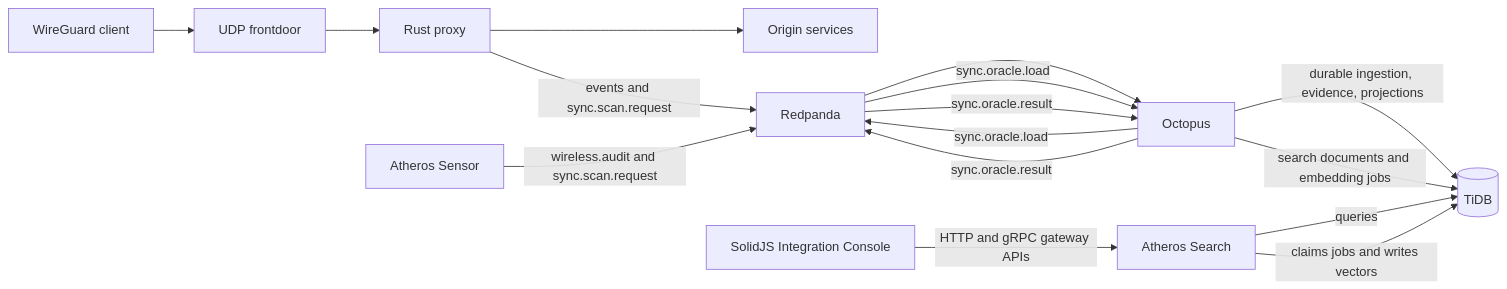
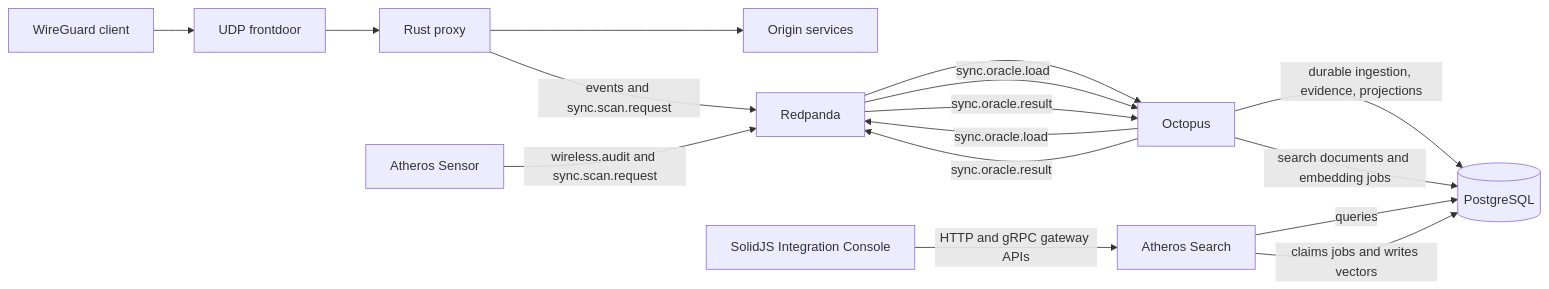
Before and after one commit to zlovtnik/ssl-proxy: the first of 3 diagrams in docs/architecture.md, drawn with Mermaid. The commit also changed other lines of this file and 499 other files, not shown here.

````diff
--- a/docs/architecture.md
+++ b/docs/architecture.md
@@ -17,21 +17,21 @@
 ```mermaid
 flowchart LR
     client[WireGuard client] --> frontdoor[UDP frontdoor]
     frontdoor --> proxy[Rust proxy]
     proxy --> origin[Origin services]
 
     proxy -->|events and sync.scan.request| redpanda[Redpanda]
     sensor[Atheros Sensor] -->|wireless.audit and sync.scan.request| redpanda
     redpanda --> octopus[Octopus]
-    octopus -->|durable ingestion, evidence, projections| tidb[(TiDB)]
+    octopus -->|durable ingestion, evidence, projections| postgres[(PostgreSQL)]
     octopus -->|sync.oracle.load| redpanda
     redpanda -->|sync.oracle.load| octopus
     octopus -->|sync.oracle.result| redpanda
     redpanda -->|sync.oracle.result| octopus
 
-    search[Atheros Search] -->|queries| tidb
-    search -->|claims jobs and writes vectors| tidb
+    search[Atheros Search] -->|queries| postgres
+    search -->|claims jobs and writes vectors| postgres
     ui[SolidJS Integration Console] -->|HTTP and gRPC gateway APIs| search
 
-    octopus -->|search documents and embedding jobs| tidb
+    octopus -->|search documents and embedding jobs| postgres
 ```
````
